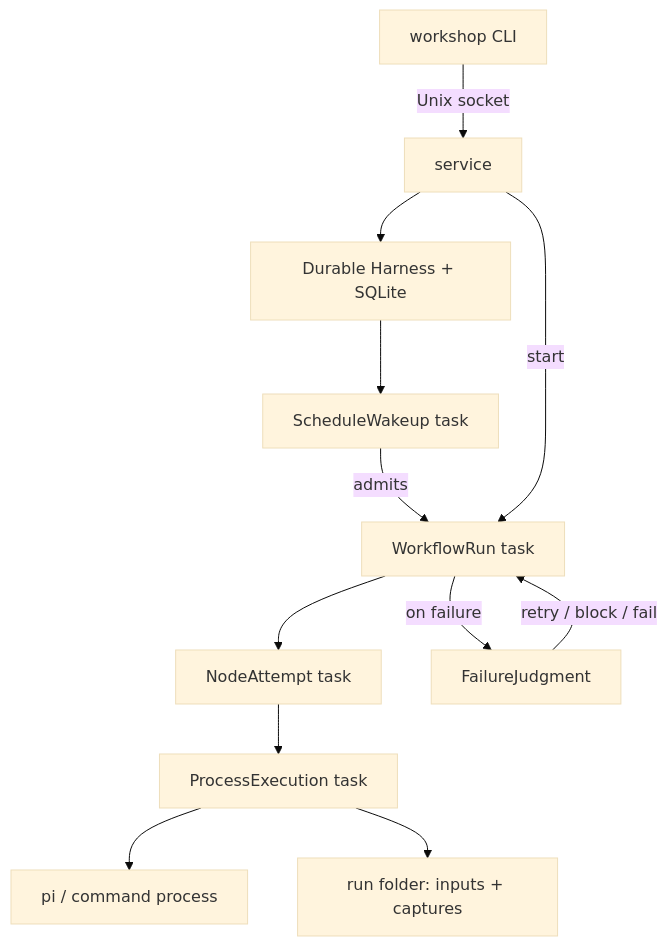
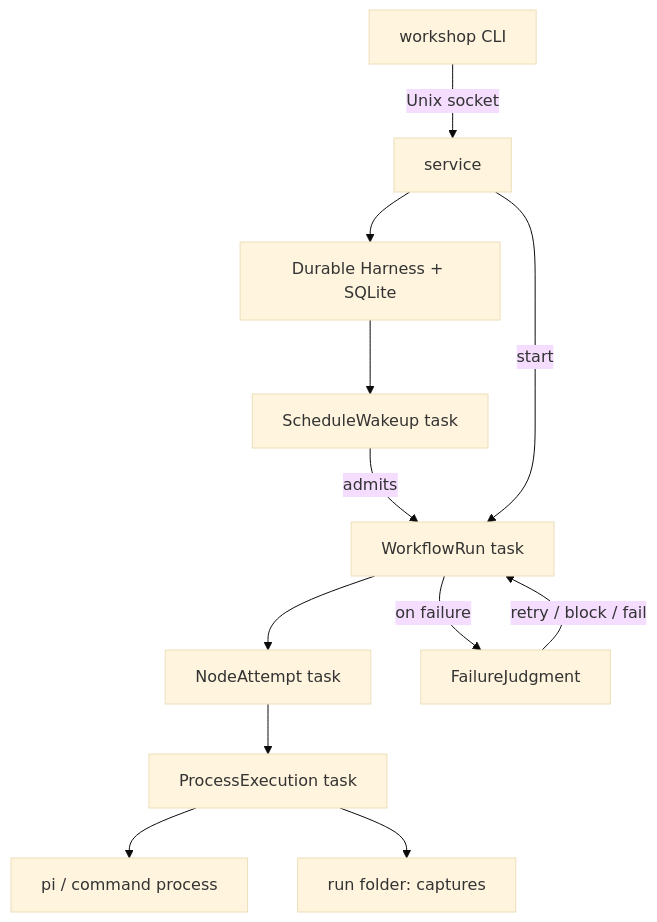
The diagram in CONTRIBUTING.md (kaushikgopal/workshop), drawn with Mermaid (base theme) before and after one commit. The commit also changed other lines of this file and 23 other files, not shown here.

````diff
--- a/CONTRIBUTING.md
+++ b/CONTRIBUTING.md
@@ -113,14 +113,14 @@
 ```mermaid
 flowchart TD
   CLI[workshop CLI] -->|Unix socket| SVC[service]
   SVC --> H[Durable Harness + SQLite]
   H --> SCH[ScheduleWakeup task]
   SCH -->|admits| WR[WorkflowRun task]
   SVC -->|start| WR
   WR --> NA[NodeAttempt task]
   NA --> PE[ProcessExecution task]
   PE --> P[pi / command process]
   WR -->|on failure| FJ[FailureJudgment]
   FJ -->|retry / block / fail| WR
-  PE --> V[run folder: inputs + captures]
+  PE --> V[run folder: captures]
 ```
````
